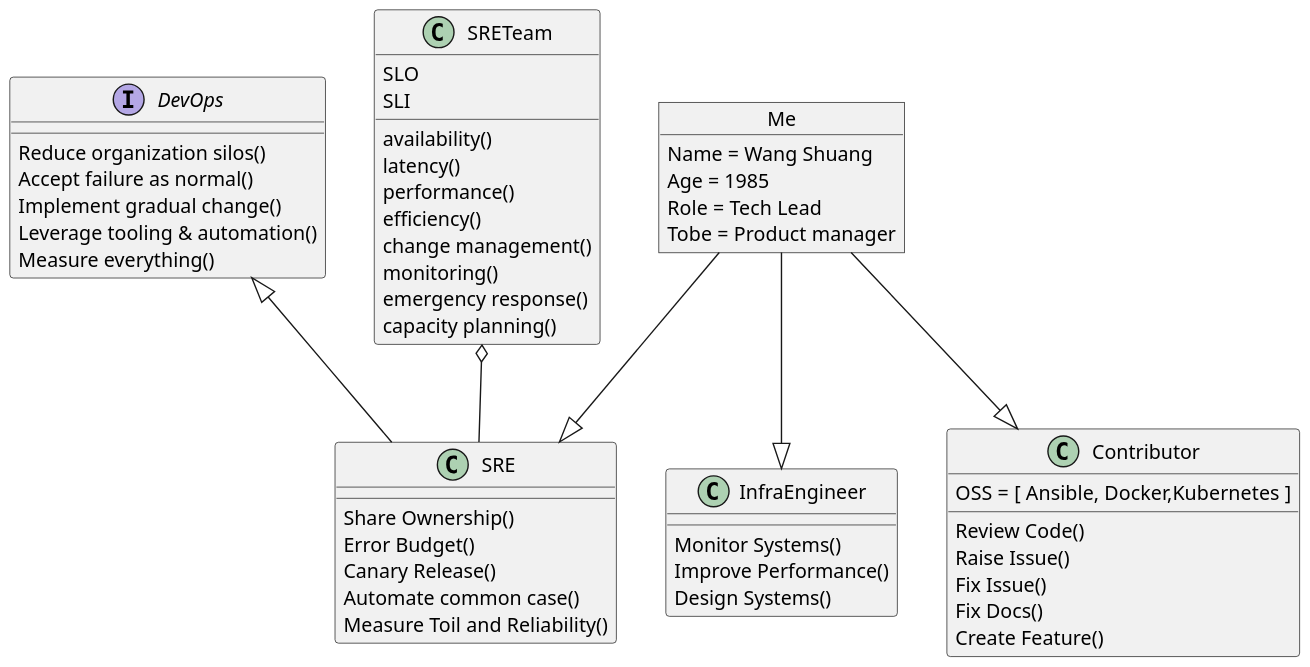
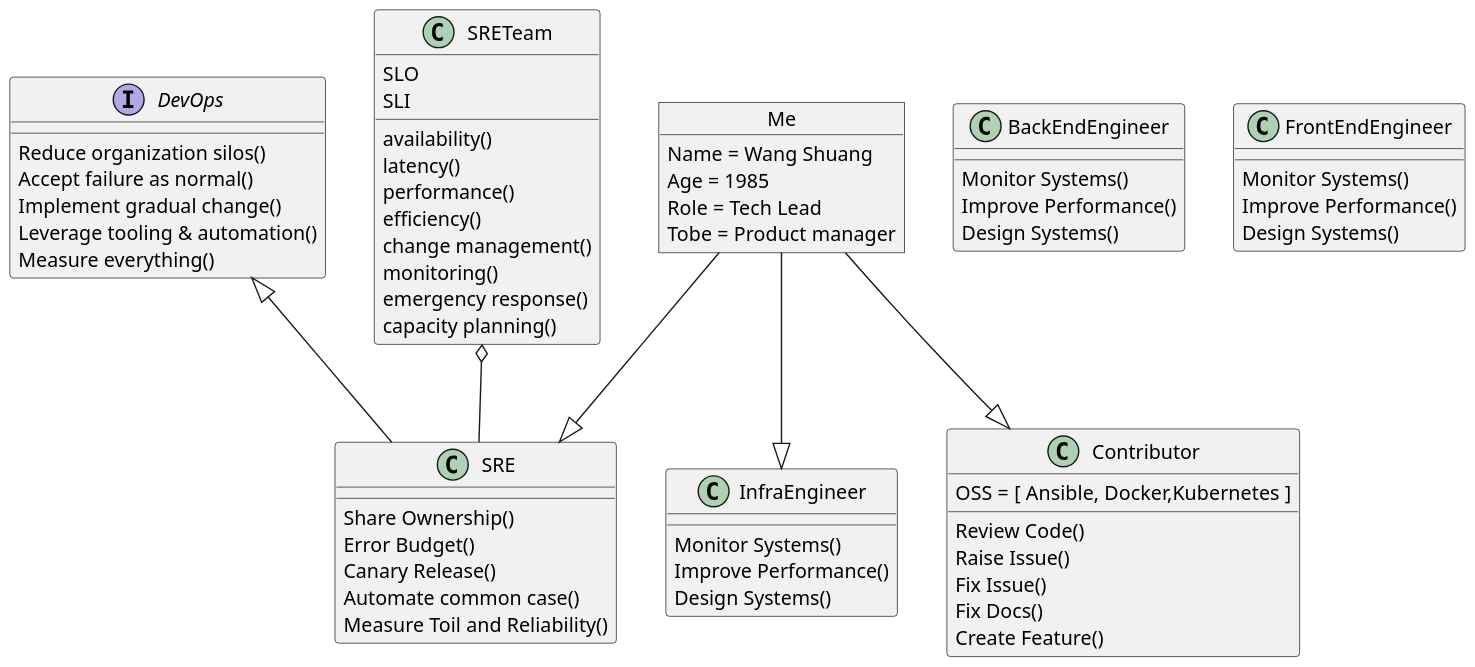
One commit to ptux/mashtun changed the diagram in docs/index.md. Above: the diagram before and after it, drawn with PlantUML. The commit also changed 6 other files, not shown here.

````diff
--- a/docs/index.md
+++ b/docs/index.md
@@ -3,65 +3,77 @@
 ```plantuml
 @startuml
 scale 800 width
 scale 700 height
 
 interface DevOps{
     Reduce organization silos()
     Accept failure as normal()
     Implement gradual change()
     Leverage tooling & automation()
     Measure everything()
 }
 
 class SRE{
     Share Ownership()
     Error Budget()
     Canary Release()
     Automate common case()
     Measure Toil and Reliability()
+}
+
+Class BackEndEngineer{
+    Monitor Systems()
+    Improve Performance()
+    Design Systems()
+}
+
+Class FrontEndEngineer{
+    Monitor Systems()
+    Improve Performance()
+    Design Systems()
 }
 
 Class InfraEngineer{
     Monitor Systems()
     Improve Performance()
     Design Systems()
 }
 
 Class Contributor{
     OSS = [ Ansible, Docker,Kubernetes ]
     Review Code()
     Raise Issue()
     Fix Issue()
     Fix Docs()
     Create Feature()
 }
 
 class SRETeam{
     SLO
     SLI
     availability()
     latency()
     performance()
     efficiency()
     change management()
     monitoring()
     emergency response()
     capacity planning()
 }
 
 object Me
 Me : Name = Wang Shuang
 Me : Age = 1985
 Me : Role = Tech Lead
 Me : Tobe = Product manager
 
 
 DevOps <|-- SRE
 SRETeam o-- SRE
 
 Me --|> Contributor
 Me --|> SRE
 Me --|> InfraEngineer
 
 @enduml
 ```
````
